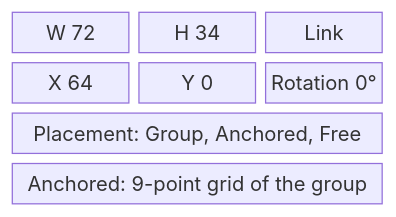
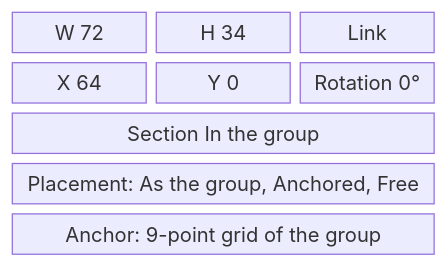
One commit to AlexandreGallais/synoptic-studio-spec changed the diagram in symbols/04-drawing-mode/geometry.md. Above: the diagram before and after it, drawn with Mermaid. The commit also changed other lines of this file and 8 other files, not shown here.

First line of the commit message:
docs(symbols): group placement by anchors, zones on the left, named points

````diff
--- a/symbols/04-drawing-mode/geometry.md
+++ b/symbols/04-drawing-mode/geometry.md
@@ -30,8 +30,9 @@
 ```mermaid
 block-beta
     columns 3
     w["W 72"] h["H 34"] link["Link"]
     x["X 64"] y["Y 0"] r["Rotation 0°"]
-    p["Placement: Group, Anchored, Free"]:3
-    g["Anchored: 9-point grid of the group"]:3
+    t["Section In the group"]:3
+    p["Placement: As the group, Anchored, Free"]:3
+    g["Anchor: 9-point grid of the group"]:3
 ```
````
